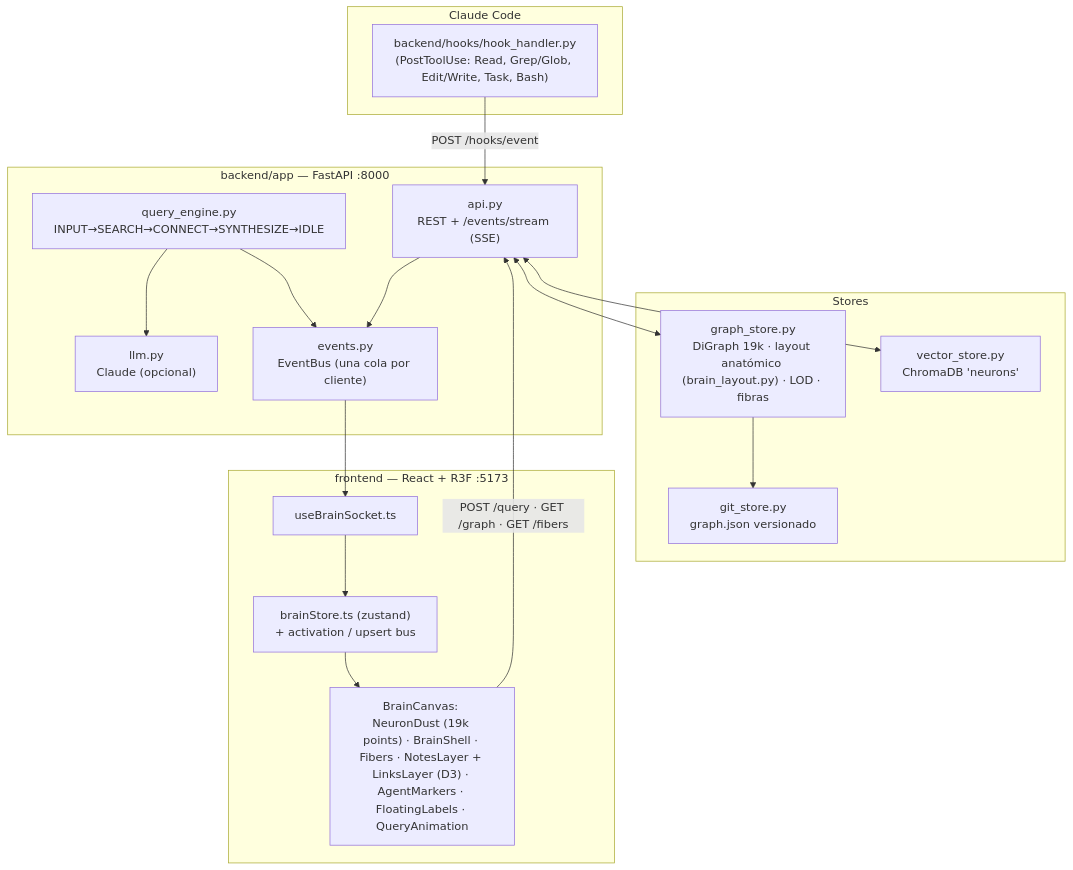
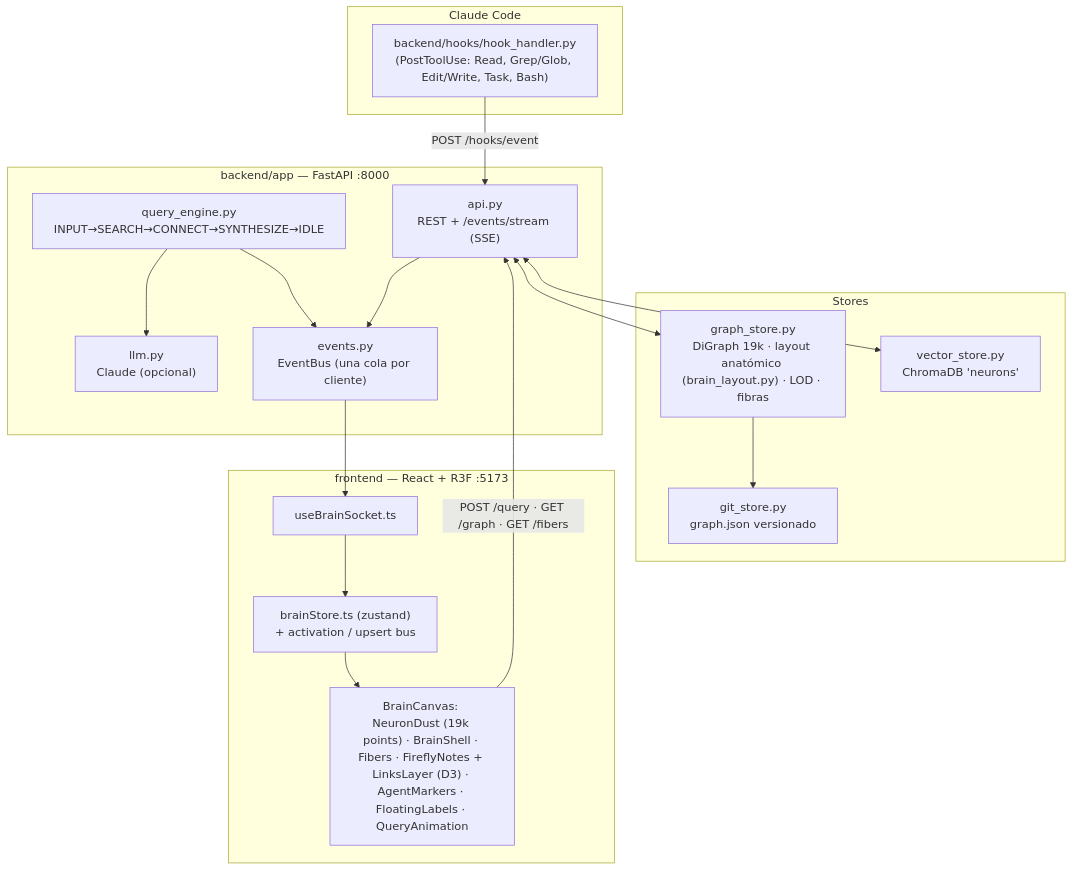
One commit to adrianlunamx/NEURAL-BRAIN changed the diagram in docs/ARCHITECTURE.md. Above: the diagram before and after it, drawn with Mermaid. The commit also changed other lines of this file and 7 other files, not shown here.

````diff
--- a/docs/ARCHITECTURE.md
+++ b/docs/ARCHITECTURE.md
@@ -6,28 +6,28 @@
 ```mermaid
 flowchart TB
     subgraph CC["Claude Code"]
         HOOKS["backend/hooks/hook_handler.py\n(PostToolUse: Read, Grep/Glob, Edit/Write, Task, Bash)"]
     end
     subgraph BE["backend/app — FastAPI :8000"]
         API["api.py\nREST + /events/stream (SSE)"]
         QE["query_engine.py\nINPUT→SEARCH→CONNECT→SYNTHESIZE→IDLE"]
         LLM["llm.py\nClaude (opcional)"]
         BUS["events.py\nEventBus (una cola por cliente)"]
     end
     subgraph ST["Stores"]
         GS["graph_store.py\nDiGraph 19k · layout anatómico (brain_layout.py) · LOD · fibras"]
         VS["vector_store.py\nChromaDB 'neurons'"]
         GIT["git_store.py\ngraph.json versionado"]
     end
     subgraph FE["frontend — React + R3F :5173"]
         SOCK["useBrainSocket.ts"] --> STORE["brainStore.ts (zustand)\n+ activation / upsert bus"]
-        STORE --> CANVAS["BrainCanvas: NeuronDust (19k points) · BrainShell · Fibers · NotesLayer + LinksLayer (D3) · AgentMarkers · FloatingLabels · QueryAnimation"]
+        STORE --> CANVAS["BrainCanvas: NeuronDust (19k points) · BrainShell · Fibers · FireflyNotes + LinksLayer (D3) · AgentMarkers · FloatingLabels · QueryAnimation"]
     end
     HOOKS -->|POST /hooks/event| API
     API <--> GS & VS
     QE --> LLM
     QE --> BUS
     API --> BUS --> SOCK
     GS --> GIT
     CANVAS -->|POST /query · GET /graph · GET /fibers| API
 ```
````
